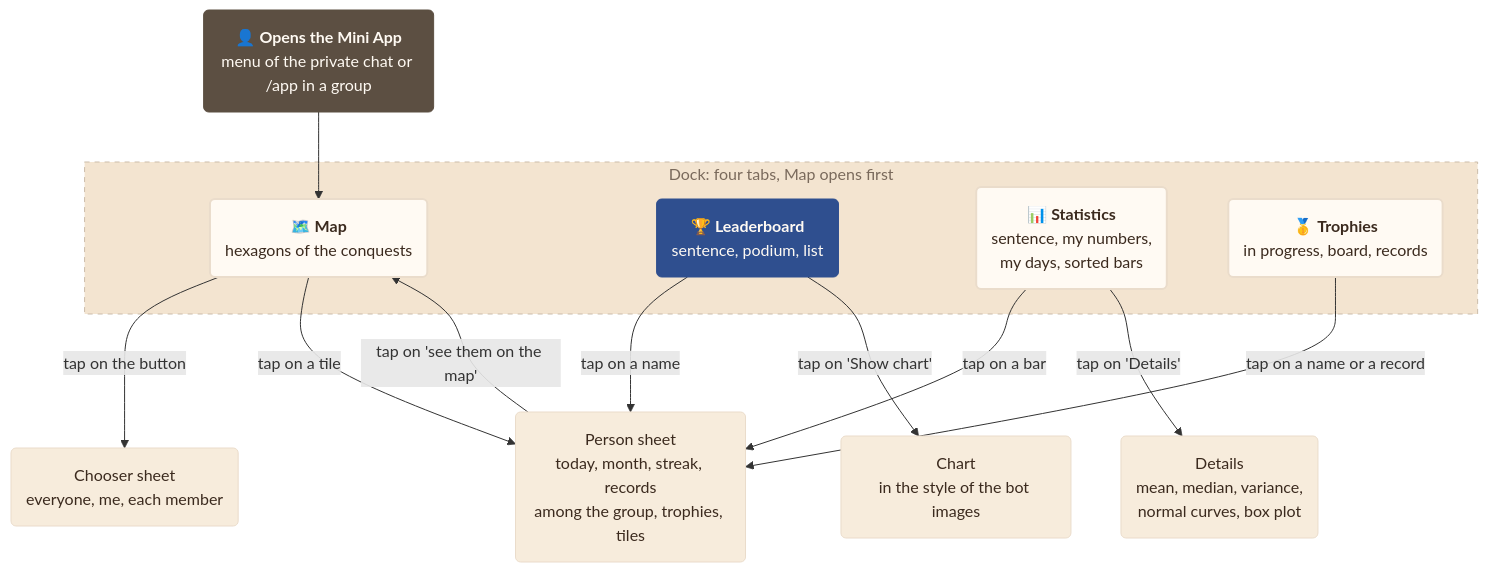
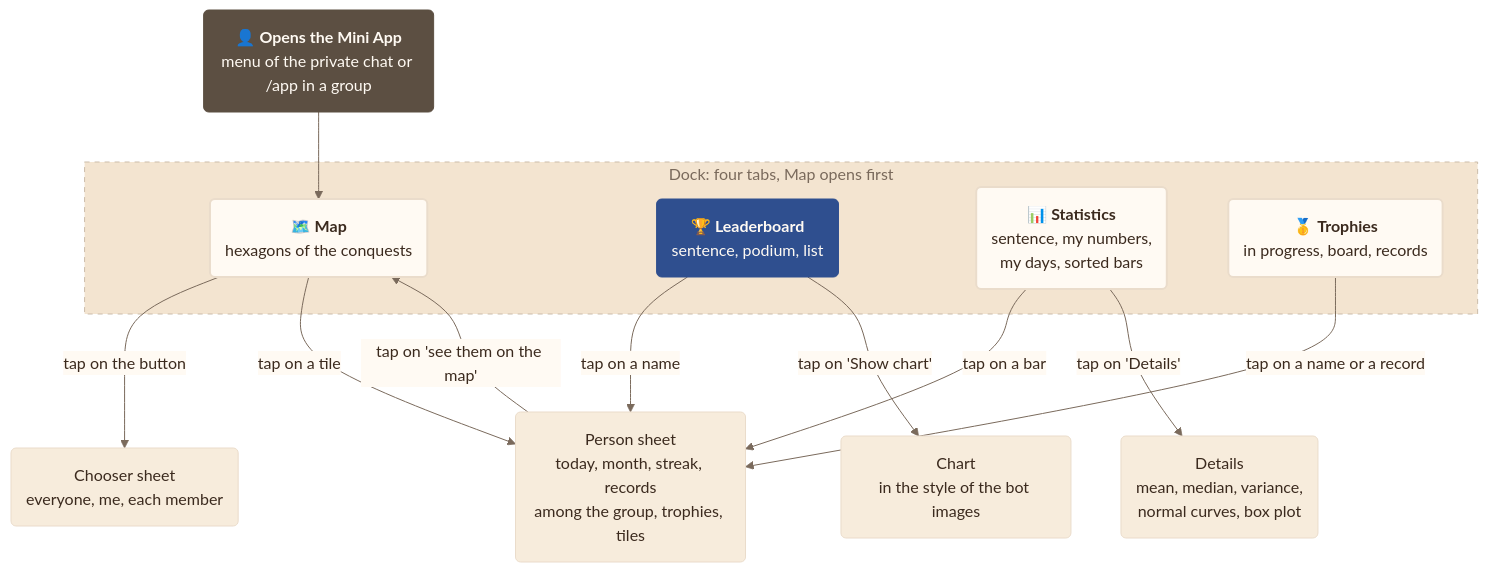
One commit to francescoperrino/Caccometro changed the first of 3 diagrams in docs/research/mini_app_design.md. Above: the diagram before and after it, drawn with Mermaid. The commit also changed other lines of this file and 14 other files, not shown here.

Commit message:
Give every Mermaid diagram one style from tools/mermaid_style.py, with a title and a description (#204)

````diff
--- a/docs/research/mini_app_design.md
+++ b/docs/research/mini_app_design.md
@@ -33,35 +33,66 @@
 ```mermaid
+---
+config:
+  theme: base
+  themeVariables:
+    fontFamily: "Nunito, Segoe UI, Roboto, sans-serif"
+    primaryColor: "#fffaf3"
+    primaryTextColor: "#3b2a1e"
+    primaryBorderColor: "#eadccb"
+    secondaryColor: "#f7ecdc"
+    tertiaryColor: "#f3e4d0"
+    lineColor: "#7a6a5c"
+    textColor: "#3b2a1e"
+    edgeLabelBackground: "#fffaf3"
+    clusterBkg: "#f3e4d0"
+    clusterBorder: "#cbbca9"
+    titleColor: "#5c4f42"
+    noteBkgColor: "#f7ecdc"
+    noteTextColor: "#3b2a1e"
+    actorBkg: "#fffaf3"
+    actorBorder: "#5c4f42"
+    actorTextColor: "#3b2a1e"
+    signalColor: "#7a6a5c"
+    signalTextColor: "#3b2a1e"
+    labelBoxBkgColor: "#f3e4d0"
+    loopTextColor: "#3b2a1e"
+    sequenceNumberColor: "#fffaf3"
+    xyChart:
+      plotColorPalette: "#2f4f8f"
+---
 flowchart TD
+    accTitle: Structure of the Mini App
+    accDescr: Four tabs in the dock, the map first, and what each tab shows first and on one tap
     open("👤 <b>Opens the Mini App</b><br/>menu of the private chat or /app in a group")
     subgraph tabs["Dock: four tabs, Map opens first"]
         map("🗺️ <b>Map</b><br/>hexagons of the conquests")
         rank("🏆 <b>Leaderboard</b><br/>sentence, podium, list")
         stats("📊 <b>Statistics</b><br/>sentence, my numbers,<br/>my days, sorted bars")
         trophies("🥇 <b>Trophies</b><br/>in progress, board, records")
     end
     chooser("Chooser sheet<br/>everyone, me, each member")
     person("Person sheet<br/>today, month, streak, records<br/>among the group, trophies, tiles")
     chart("Chart<br/>in the style of the bot images")
     details("Details<br/>mean, median, variance,<br/>normal curves, box plot")
     open --> map
     map -->|"tap on the button"| chooser
     map -->|"tap on a tile"| person
     rank -->|"tap on a name"| person
     rank -->|"tap on 'Show chart'"| chart
     stats -->|"tap on a bar"| person
     stats -->|"tap on 'Details'"| details
     trophies -->|"tap on a name or a record"| person
     person -->|"tap on 'see them on the map'"| map
     classDef step fill:#fffaf3,stroke:#eadccb,stroke-width:2px,color:#3b2a1e
     classDef main fill:#2f4f8f,stroke:#2f4f8f,color:#fffaf3
     classDef person fill:#5c4f42,stroke:#5c4f42,color:#fffaf3
     classDef check fill:#f7ecdc,stroke:#e0902b,stroke-width:2px,color:#3b2a1e
     classDef detail fill:#f7ecdc,stroke:#eadccb,color:#3b2a1e
-    classDef alert fill:#e0902b,stroke:#e0902b,color:#fffaf3
+    classDef alert fill:#e0902b,stroke:#e0902b,color:#3b2a1e
     classDef stop fill:#f3e4d0,stroke:#cbbca9,stroke-dasharray:4 3,color:#7a6a5c
     class open person
     class map,stats,trophies step
     class rank main
     class chooser,person,chart,details detail
     style tabs fill:#f3e4d0,stroke:#cbbca9,stroke-dasharray:5 5,color:#7a6a5c
 ```
````
